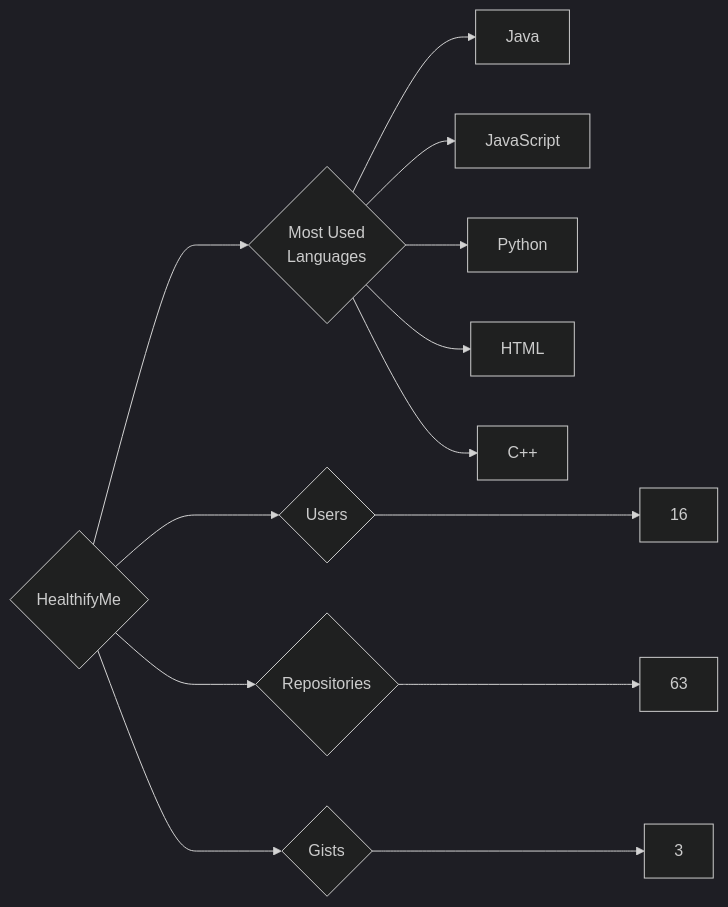
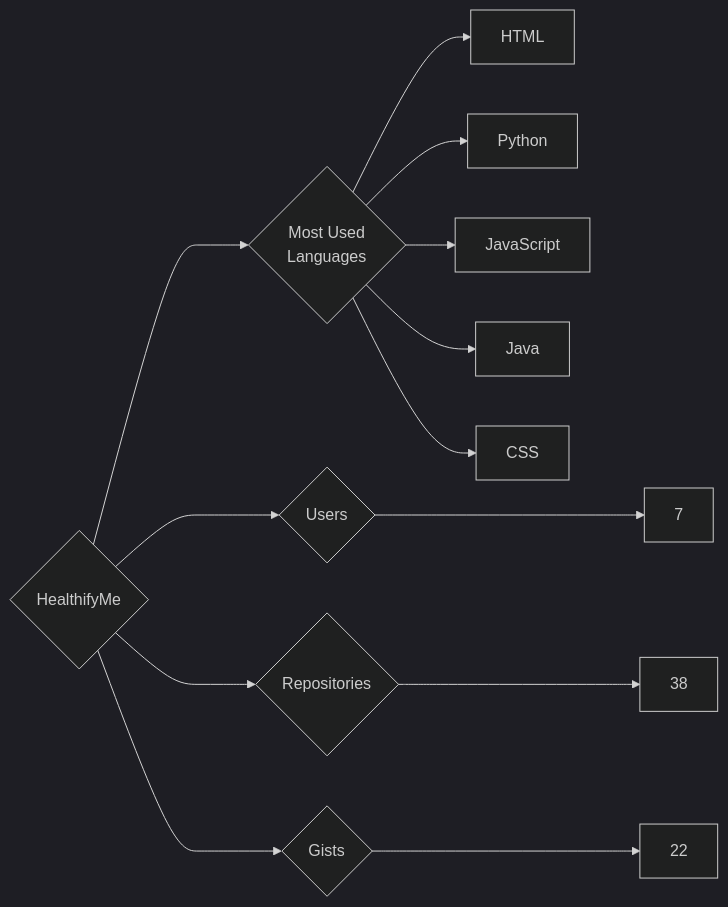
One commit to trickest/insiders changed the diagram in targets/HealthifyMe/README.md. Above: the diagram before and after it, drawn with Mermaid (dark theme). The commit also changed 1084 other files, not shown here.

````diff
--- a/targets/HealthifyMe/README.md
+++ b/targets/HealthifyMe/README.md
@@ -3,13 +3,13 @@
 ```mermaid
 graph LR
 COMPANY_NAME{HealthifyMe}
-COMPANY_NAME ---> U{Users} ---> UN[16]
-COMPANY_NAME ---> R{Repositories} ---> RN[63]
-COMPANY_NAME ---> G{Gists} ---> GN[3]
+COMPANY_NAME ---> U{Users} ---> UN[7]
+COMPANY_NAME ---> R{Repositories} ---> RN[38]
+COMPANY_NAME ---> G{Gists} ---> GN[22]
 COMPANY_NAME ---> ML{Most Used<br>Languages}
+ML --> HTML[HTML]
+ML --> Python[Python]
+ML --> JavaScript[JavaScript]
 ML --> Java[Java]
-ML --> JavaScript[JavaScript]
-ML --> Python[Python]
-ML --> HTML[HTML]
-ML --> C++[C++]
+ML --> CSS[CSS]
 ```
````
